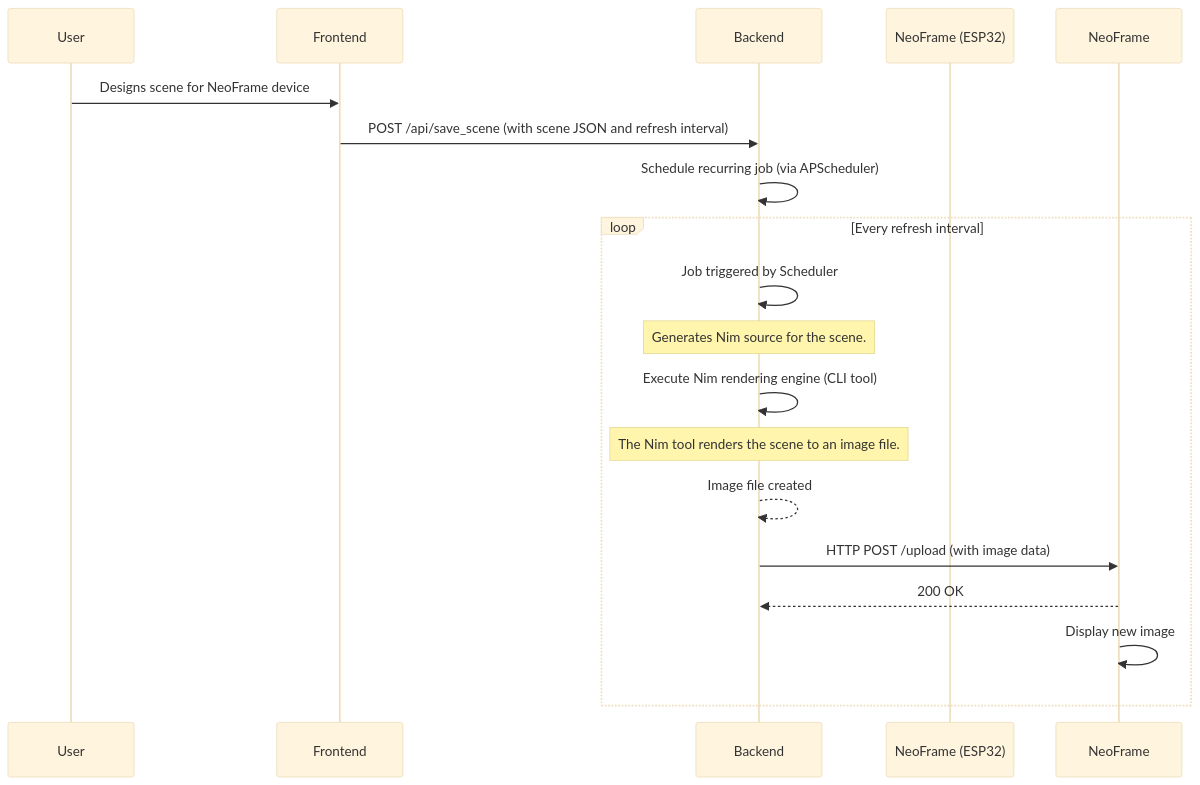
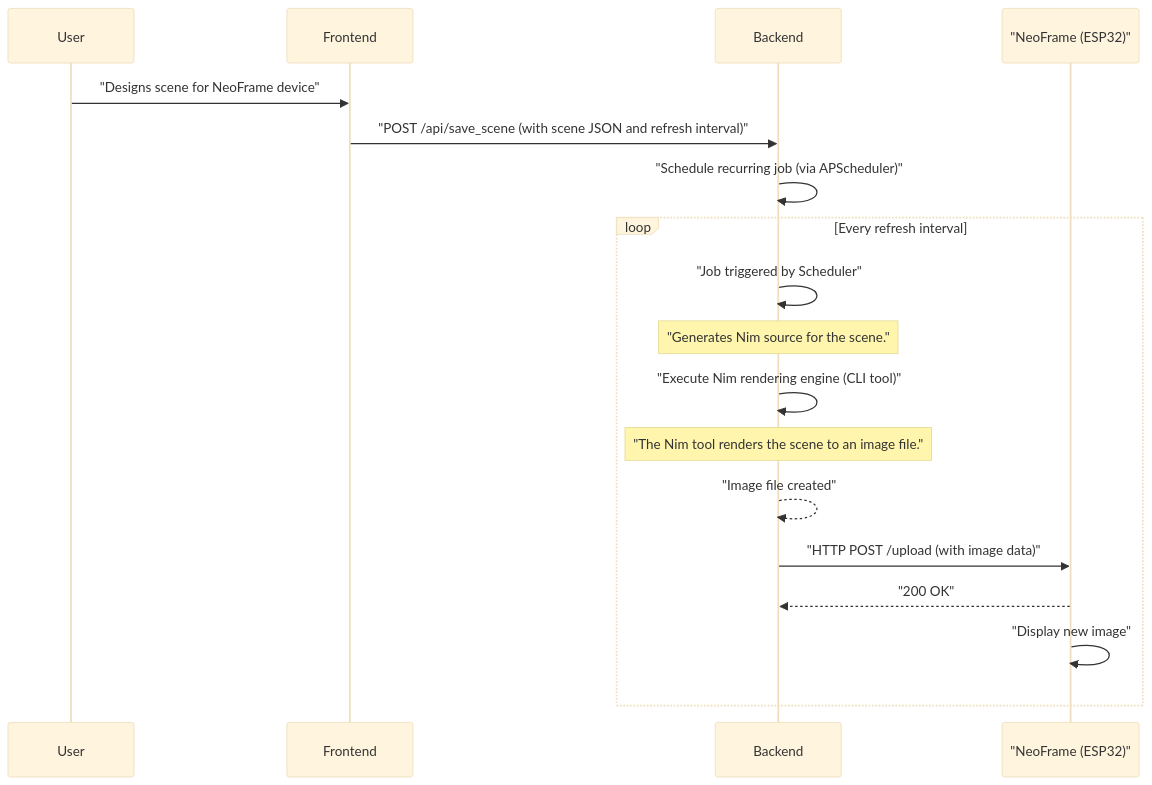
Before and after one commit to deftdawg/frameos: the fifth of 5 diagrams in ARCHITECTURE.md, drawn with Mermaid (base theme). The commit also changed other lines of this file, not shown here.

First line of the commit message:
fix: Correct mermaid diagram syntax

````diff
--- a/ARCHITECTURE.md
+++ b/ARCHITECTURE.md
@@ -176,22 +176,22 @@
 ```mermaid
 sequenceDiagram
     participant User
     participant Frontend
     participant Backend
-    participant NeoFrame (ESP32)
+    participant "NeoFrame (ESP32)"
 
-    User->>Frontend: Designs scene for NeoFrame device
-    Frontend->>Backend: POST /api/save_scene (with scene JSON and refresh interval)
-    Backend->>Backend: Schedule recurring job (via APScheduler)
+    User->>Frontend: "Designs scene for NeoFrame device"
+    Frontend->>Backend: "POST /api/save_scene (with scene JSON and refresh interval)"
+    Backend->>Backend: "Schedule recurring job (via APScheduler)"
 
     loop Every refresh interval
-        Backend->>Backend: Job triggered by Scheduler
-        Note over Backend: Generates Nim source for the scene.
-        Backend->>Backend: Execute Nim rendering engine (CLI tool)
-        Note over Backend: The Nim tool renders the scene to an image file.
-        Backend-->>Backend: Image file created
-        Backend->>NeoFrame: HTTP POST /upload (with image data)
-        NeoFrame-->>Backend: 200 OK
-        NeoFrame->>NeoFrame: Display new image
+        Backend->>Backend: "Job triggered by Scheduler"
+        Note over Backend: "Generates Nim source for the scene."
+        Backend->>Backend: "Execute Nim rendering engine (CLI tool)"
+        Note over Backend: "The Nim tool renders the scene to an image file."
+        Backend-->>Backend: "Image file created"
+        Backend->>"NeoFrame (ESP32)": "HTTP POST /upload (with image data)"
+        "NeoFrame (ESP32)"-->>Backend: "200 OK"
+        "NeoFrame (ESP32)"->>"NeoFrame (ESP32)": "Display new image"
     end
 ```
````
